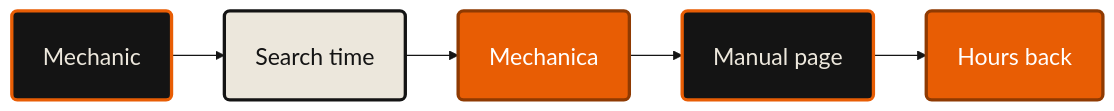
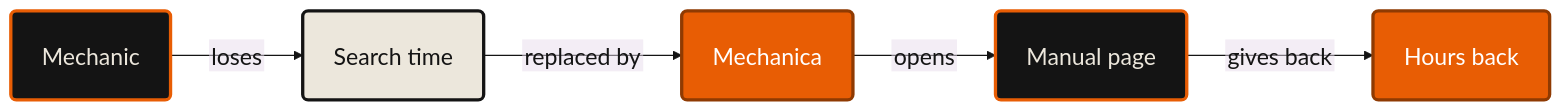
One commit to lxorb/mechanica changed the diagram in docs/pitches/ramp/cost-path.mmd. Above: the diagram before and after it, drawn with Mermaid. The commit also changed 140 other files, not shown here.

```diff
--- a/docs/pitches/ramp/cost-path.mmd
+++ b/docs/pitches/ramp/cost-path.mmd
@@ -1,7 +1,7 @@
-%%{init: {"theme":"base","htmlLabels":false,"themeVariables":{"fontSize":"21px","fontFamily":"Barlow","lineColor":"#141414","primaryColor":"#ece7dc","primaryTextColor":"#141414","primaryBorderColor":"#141414","background":"#ffffff"},"flowchart":{"curve":"linear","htmlLabels":false,"nodeSpacing":40,"rankSpacing":48,"padding":28,"useMaxWidth":false}}}%%
+%%{init: {"theme":"base","htmlLabels":false,"themeVariables":{"fontSize":"21px","fontFamily":"Barlow","lineColor":"#141414","primaryColor":"#ece7dc","primaryTextColor":"#141414","primaryBorderColor":"#141414","background":"#ffffff"},"flowchart":{"curve":"linear","htmlLabels":false,"nodeSpacing":40,"rankSpacing":70,"padding":28,"useMaxWidth":false}}}%%
 flowchart LR
-  MECH("Mechanic"):::ends --> TIME("Search time"):::ours --> MECA("Mechanica"):::them --> PAGE("Manual page"):::ends --> HRS("Hours back"):::them
+  MECH("Mechanic"):::ends -- "loses" --> TIME("Search time"):::ours -- "replaced by" --> MECA("Mechanica"):::them -- "opens" --> PAGE("Manual page"):::ends -- "gives back" --> HRS("Hours back"):::them
 
   classDef ends fill:#141414,stroke:#e85d04,stroke-width:3px,color:#ece7dc
   classDef ours fill:#ece7dc,stroke:#141414,stroke-width:3px,color:#141414
   classDef them fill:#e85d04,stroke:#8f3a02,stroke-width:3px,color:#ffffff
```
